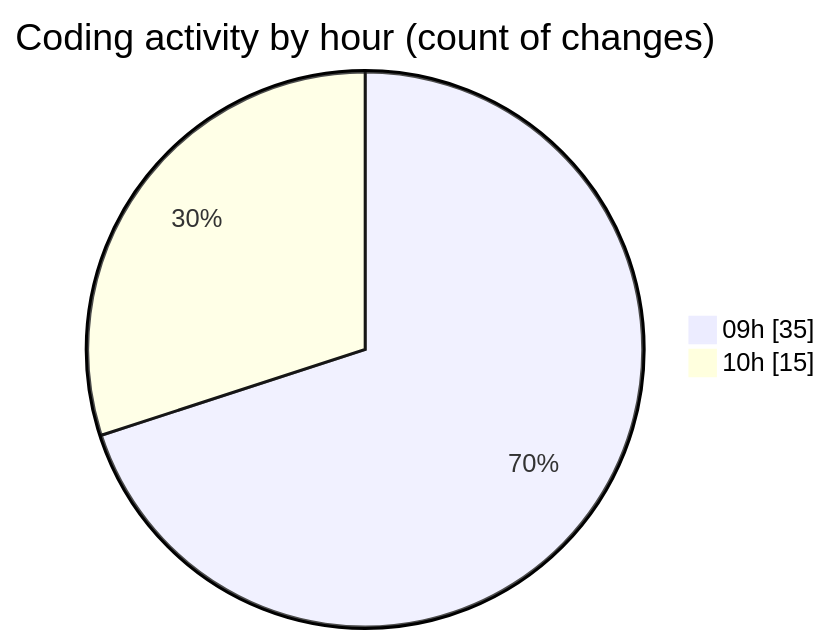
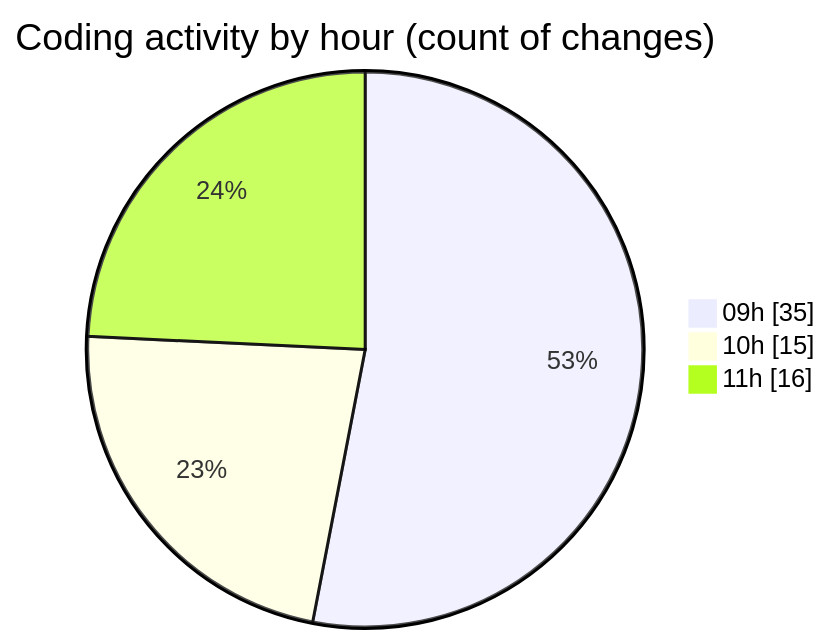
The second of 2 diagrams in 2026-09-14/cda/README.md (momahboobian/code-tracking), drawn with Mermaid before and after one commit. The commit also changed other lines of this file and 1 other file, not shown here.

````diff
--- a/2026-09-14/cda/README.md
+++ b/2026-09-14/cda/README.md
@@ -53,6 +56,7 @@
 ```mermaid
 pie showData
 title Coding activity by hour (count of changes)
 "09h" : 35
 "10h" : 15
+"11h" : 16
 ```
````
